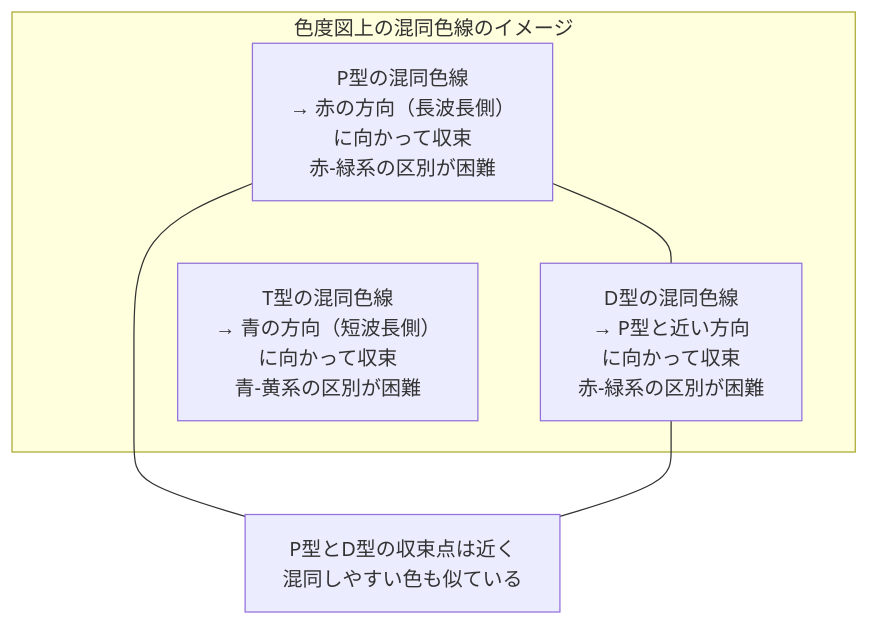
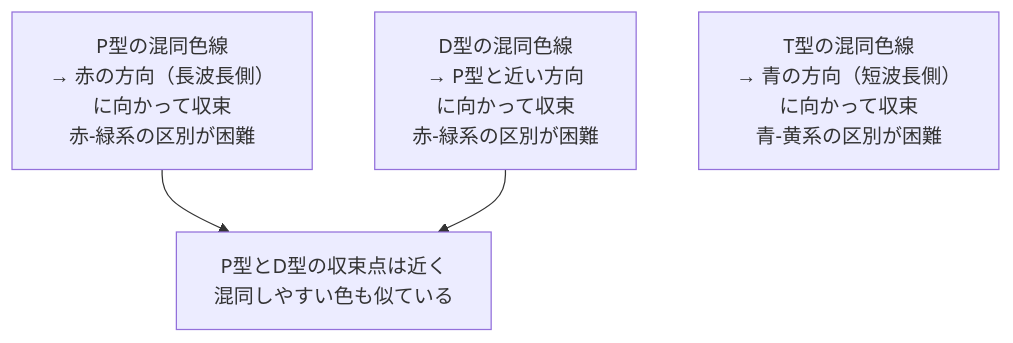
The second of 2 diagrams in docs/lessons/lesson15/index.md (ozaki25/color-coordination-training-ozaki25), drawn with Mermaid before and after one commit. The commit also changed other lines of this file and 14 other files, not shown here.

````diff
--- a/docs/lessons/lesson15/index.md
+++ b/docs/lessons/lesson15/index.md
@@ -82,12 +84,9 @@
 ```mermaid
 graph TD
-    subgraph "色度図上の混同色線のイメージ"
-        P["P型の混同色線\n→ 赤の方向（長波長側）\nに向かって収束\n赤-緑系の区別が困難"]
-        D["D型の混同色線\n→ P型と近い方向\nに向かって収束\n赤-緑系の区別が困難"]
-        T["T型の混同色線\n→ 青の方向（短波長側）\nに向かって収束\n青-黄系の区別が困難"]
-    end
-    P --- D
+    P["P型の混同色線\n→ 赤の方向（長波長側）\nに向かって収束\n赤-緑系の区別が困難"]
+    D["D型の混同色線\n→ P型と近い方向\nに向かって収束\n赤-緑系の区別が困難"]
+    T["T型の混同色線\n→ 青の方向（短波長側）\nに向かって収束\n青-黄系の区別が困難"]
     note["P型とD型の収束点は近く\n混同しやすい色も似ている"]
-    P --- note
-    D --- note
+    P --> note
+    D --> note
 ```
````
